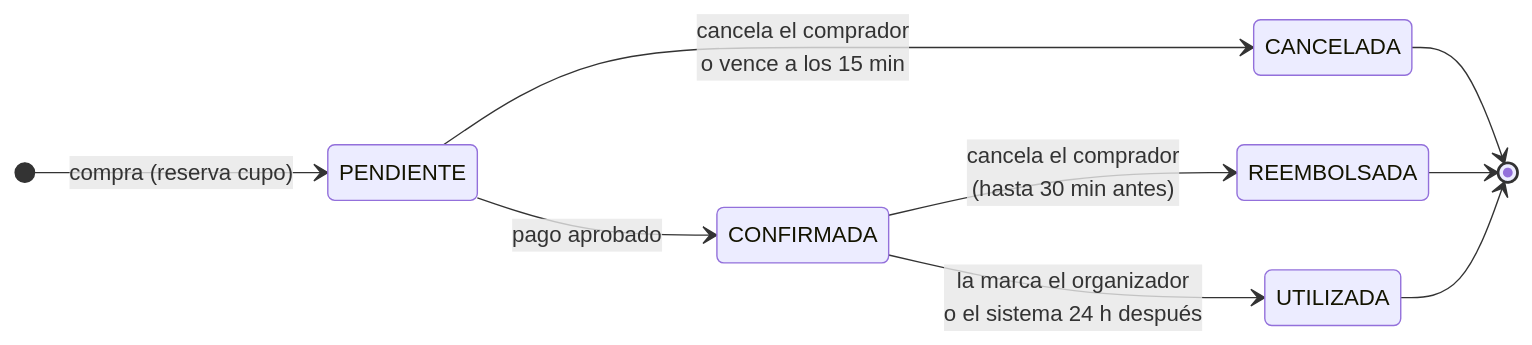
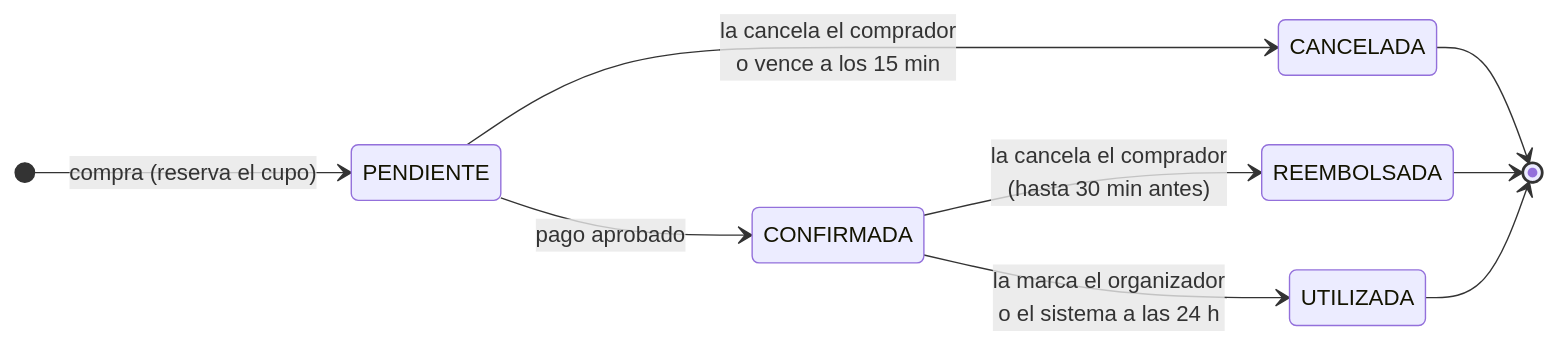
The second of 2 diagrams in README.md (CalabroLucio/dds_tp_individual), drawn with Mermaid before and after one commit. The commit also changed other lines of this file, not shown here.

````diff
--- a/README.md
+++ b/README.md
@@ -77,12 +204,12 @@
 ```mermaid
 stateDiagram-v2
     direction LR
-    [*] --> PENDIENTE: compra (reserva cupo)
+    [*] --> PENDIENTE: compra (reserva el cupo)
     PENDIENTE --> CONFIRMADA: pago aprobado
-    PENDIENTE --> CANCELADA: cancela el comprador<br/>o vence a los 15 min
-    CONFIRMADA --> REEMBOLSADA: cancela el comprador<br/>(hasta 30 min antes)
-    CONFIRMADA --> UTILIZADA: la marca el organizador<br/>o el sistema 24 h después
+    PENDIENTE --> CANCELADA: la cancela el comprador<br/>o vence a los 15 min
+    CONFIRMADA --> REEMBOLSADA: la cancela el comprador<br/>(hasta 30 min antes)
+    CONFIRMADA --> UTILIZADA: la marca el organizador<br/>o el sistema a las 24 h
     CANCELADA --> [*]
     REEMBOLSADA --> [*]
     UTILIZADA --> [*]
 ```
````
